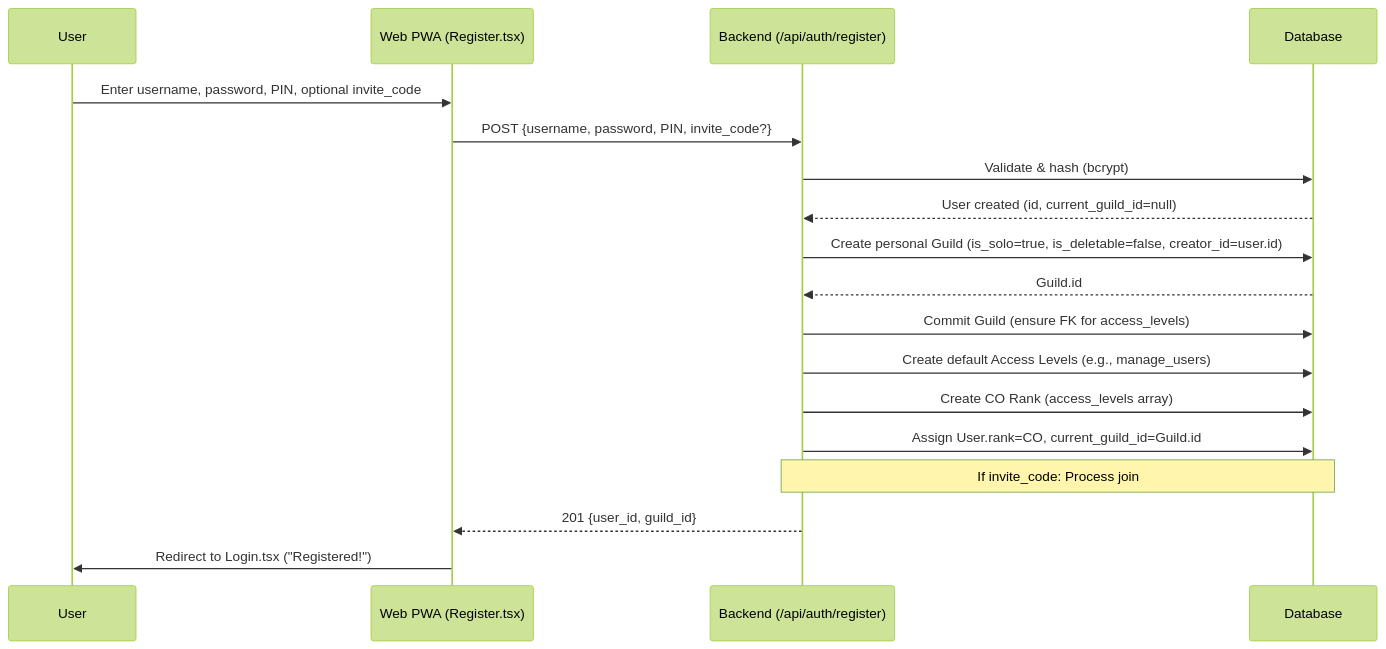
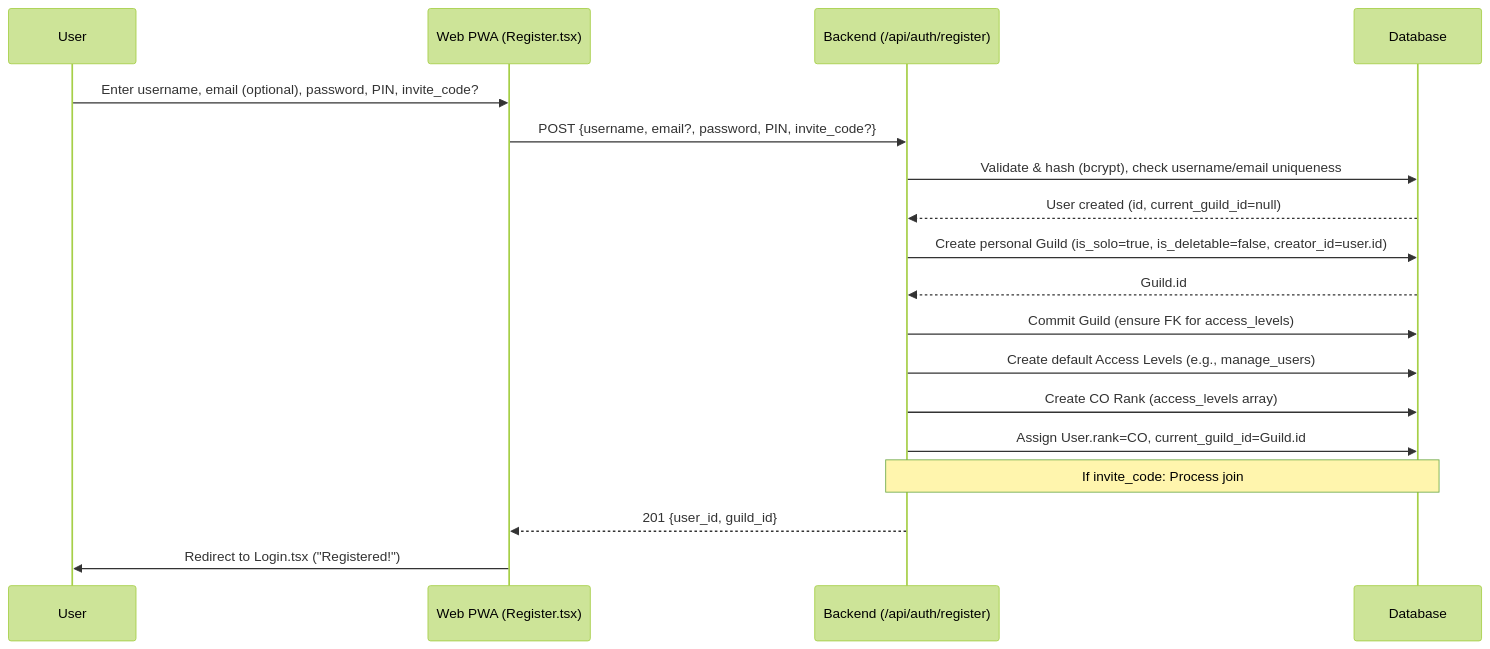
One commit to hamlet2k/SphereConnect changed the first of 5 diagrams in docs/project/use_cases.markdown. Above: the diagram before and after it, drawn with Mermaid (forest theme). The commit also changed other lines of this file and 15 other files, not shown here.

First line of the commit message:
feat(auth): add username and email support to user authentication

````diff
--- a/docs/project/use_cases.markdown
+++ b/docs/project/use_cases.markdown
@@ -12,20 +12,20 @@
 ```mermaid
 sequenceDiagram
     participant U as User
     participant W as Web PWA (Register.tsx)
     participant B as Backend (/api/auth/register)
     participant D as Database
-    U->>W: Enter username, password, PIN, optional invite_code
-    W->>B: POST {username, password, PIN, invite_code?}
-    B->>D: Validate & hash (bcrypt)
+    U->>W: Enter username, email (optional), password, PIN, invite_code?
+    W->>B: POST {username, email?, password, PIN, invite_code?}
+    B->>D: Validate & hash (bcrypt), check username/email uniqueness
     D-->>B: User created (id, current_guild_id=null)
     B->>D: Create personal Guild (is_solo=true, is_deletable=false, creator_id=user.id)
     D-->>B: Guild.id
     B->>D: Commit Guild (ensure FK for access_levels)
     B->>D: Create default Access Levels (e.g., manage_users)
     B->>D: Create CO Rank (access_levels array)
     B->>D: Assign User.rank=CO, current_guild_id=Guild.id
     note over B,D: If invite_code: Process join
     B-->>W: 201 {user_id, guild_id}
     W->>U: Redirect to Login.tsx ("Registered!")
 ```
````
